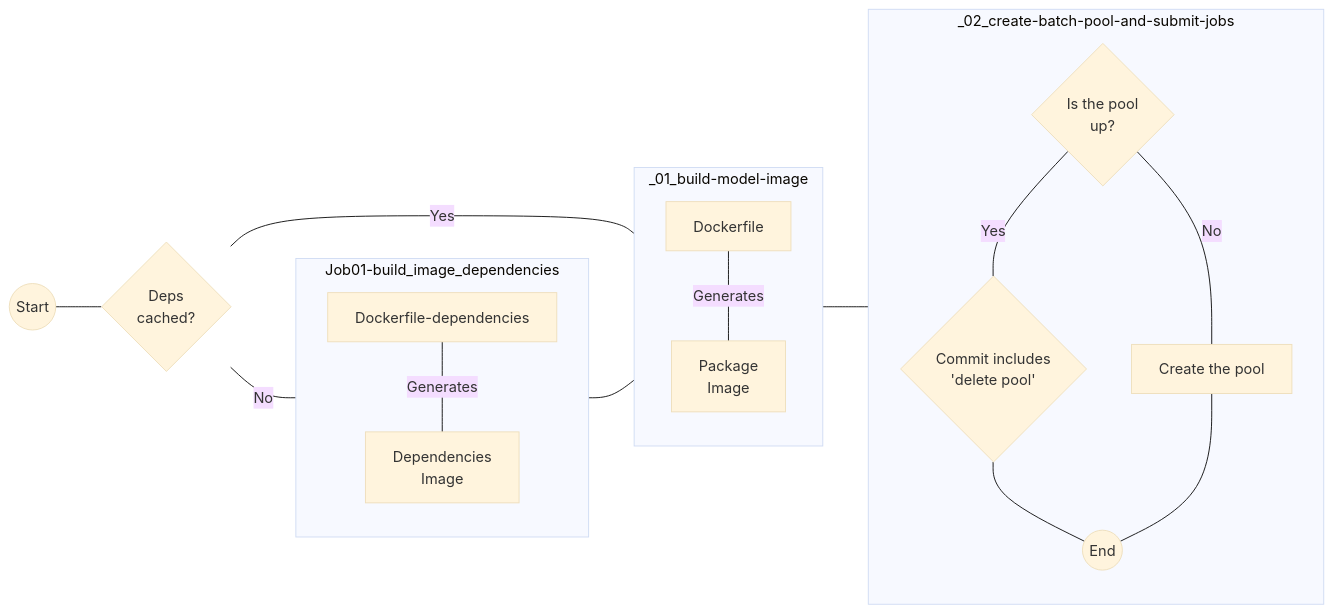
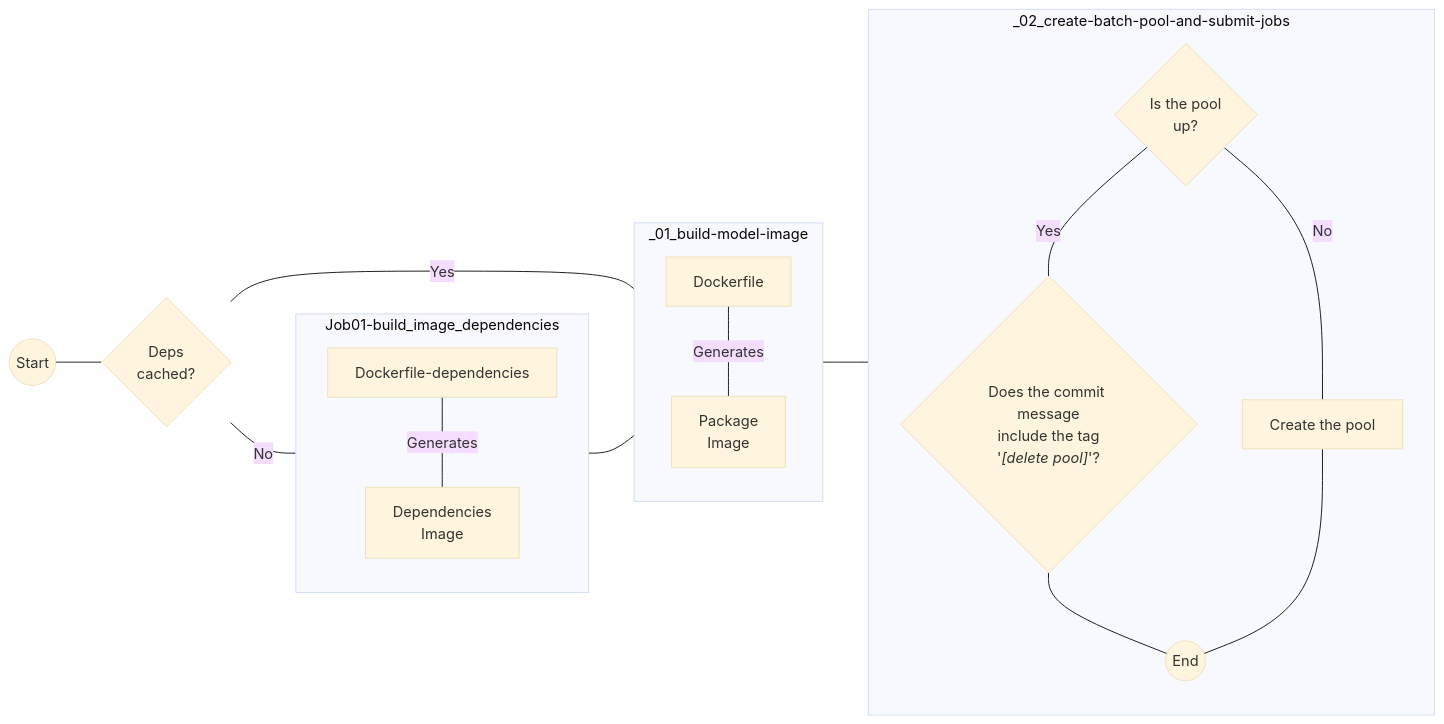
One commit to CDCgov/cfa-epinow2-pipeline changed the diagram in README.md. Above: the diagram before and after it, drawn with Mermaid (base theme).

````diff
--- a/README.md
+++ b/README.md
@@ -120,33 +120,33 @@
 ```mermaid
 flowchart LR
 
   START((Start))---DEPS_CACHED
 
   DEPS_CACHED{Deps<br>cached?}---|No|DEPS
   DEPS_CACHED---|Yes|IMG
 
   subgraph DEPS[Job01-build_image_dependencies]
     direction TB
     Dockerfile-dependencies---|Generates|DEPS_IMAGE[Dependencies<br>Image]
   end
 
   DEPS---IMG
 
   subgraph IMG[_01_build-model-image]
     direction TB
     Dockerfile---|Generates|PKG_IMG[Package<br>Image]
   end
 
   IMG---POOL
 
   subgraph POOL[_02_create-batch-pool-and-submit-jobs]
     direction TB
 
     POOL_EXISTS{Is the pool<br>up?}
     POOL_EXISTS---|No|CREATE_POOL[Create the pool]
-    POOL_EXISTS---|Yes|DELETE_POOL{Commit includes<br>'delete pool'}
+    POOL_EXISTS---|Yes|DELETE_POOL{"`Does the commit message<br>include the tag<br>'_[delete pool]_'?`"}
     DELETE_POOL---END_POOL((End))
     CREATE_POOL---END_POOL
 
   end
 ```
````
